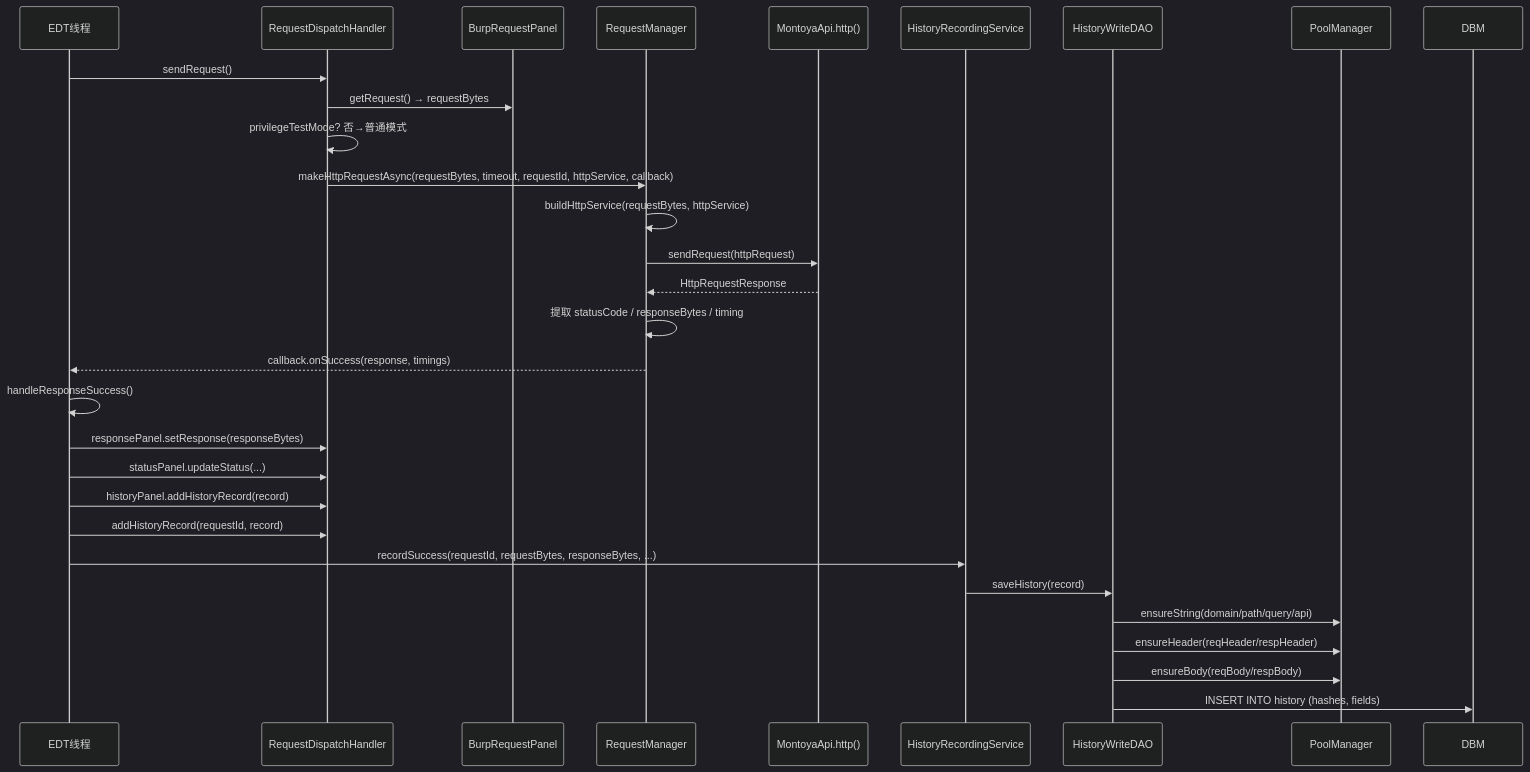
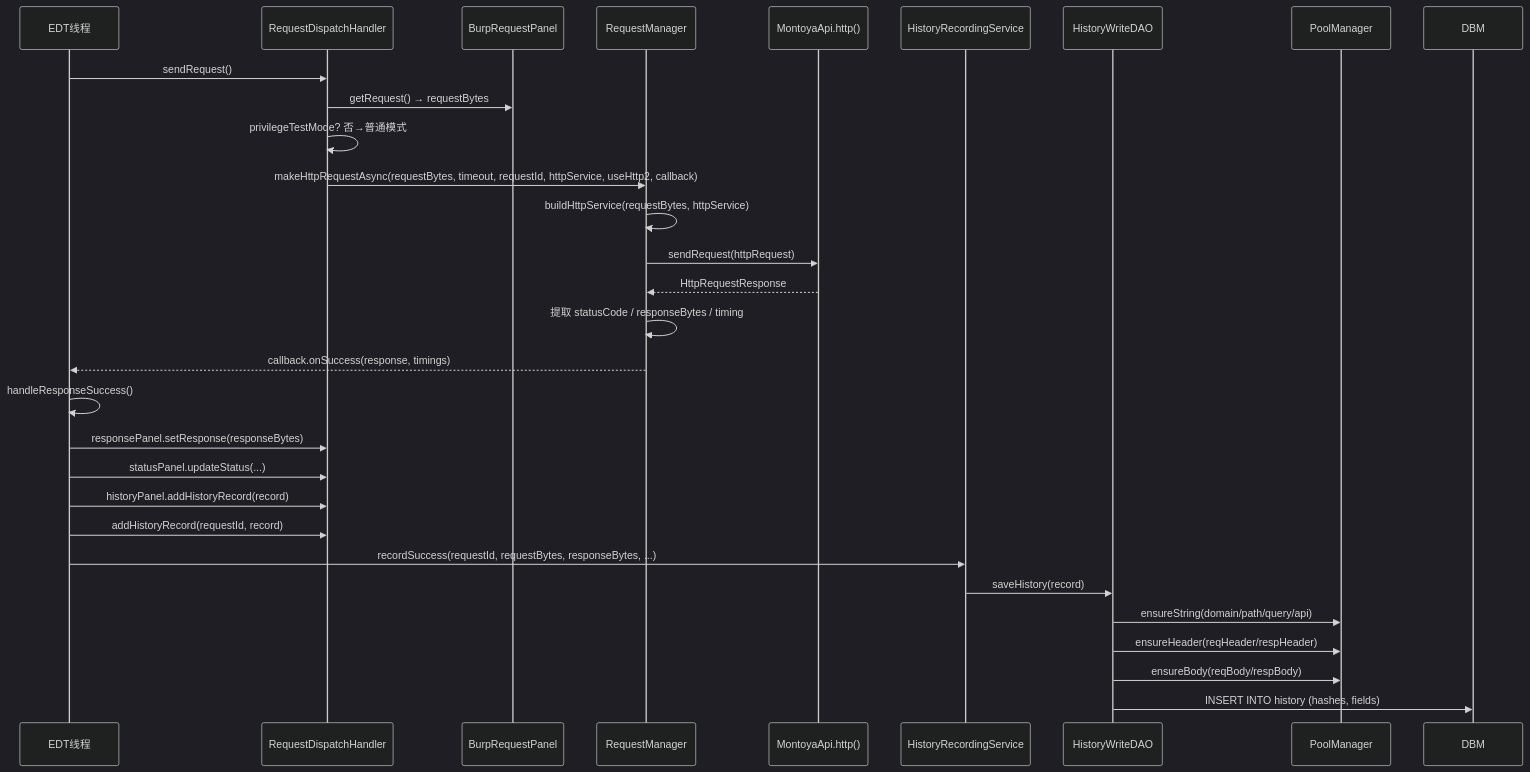
One commit to GitHubNull/repeaterManger changed the fourth of 28 diagrams in doc/data_flow_analysis.md. Above: the diagram before and after it, drawn with Mermaid (dark theme). The commit also changed other lines of this file and 2 other files, not shown here.

````diff
--- a/doc/data_flow_analysis.md
+++ b/doc/data_flow_analysis.md
@@ -187,32 +187,32 @@
 ```mermaid
 sequenceDiagram
     participant EDT as EDT线程
     participant RDH as RequestDispatchHandler
     participant RQP as BurpRequestPanel
     participant RM as RequestManager
     participant MAPI as MontoyaApi.http()
     participant HRS as HistoryRecordingService
     participant DAO_H as HistoryWriteDAO
     participant Pool as PoolManager
 
     EDT->>RDH: sendRequest()
     RDH->>RQP: getRequest() → requestBytes
     RDH->>RDH: privilegeTestMode? 否→普通模式
-    RDH->>RM: makeHttpRequestAsync(requestBytes, timeout, requestId, httpService, callback)
+    RDH->>RM: makeHttpRequestAsync(requestBytes, timeout, requestId, httpService, useHttp2, callback)
     RM->>RM: buildHttpService(requestBytes, httpService)
     RM->>MAPI: sendRequest(httpRequest)
     MAPI-->>RM: HttpRequestResponse
     RM->>RM: 提取 statusCode / responseBytes / timing
     RM-->>EDT: callback.onSuccess(response, timings)
     EDT->>EDT: handleResponseSuccess()
     EDT->>RDH: responsePanel.setResponse(responseBytes)
     EDT->>RDH: statusPanel.updateStatus(...)
     EDT->>RDH: historyPanel.addHistoryRecord(record)
     EDT->>RDH: addHistoryRecord(requestId, record)
     EDT->>HRS: recordSuccess(requestId, requestBytes, responseBytes, ...)
     HRS->>DAO_H: saveHistory(record)
     DAO_H->>Pool: ensureString(domain/path/query/api)
     DAO_H->>Pool: ensureHeader(reqHeader/respHeader)
     DAO_H->>Pool: ensureBody(reqBody/respBody)
     DAO_H->>DBM: INSERT INTO history (hashes, fields)
 ```
````
